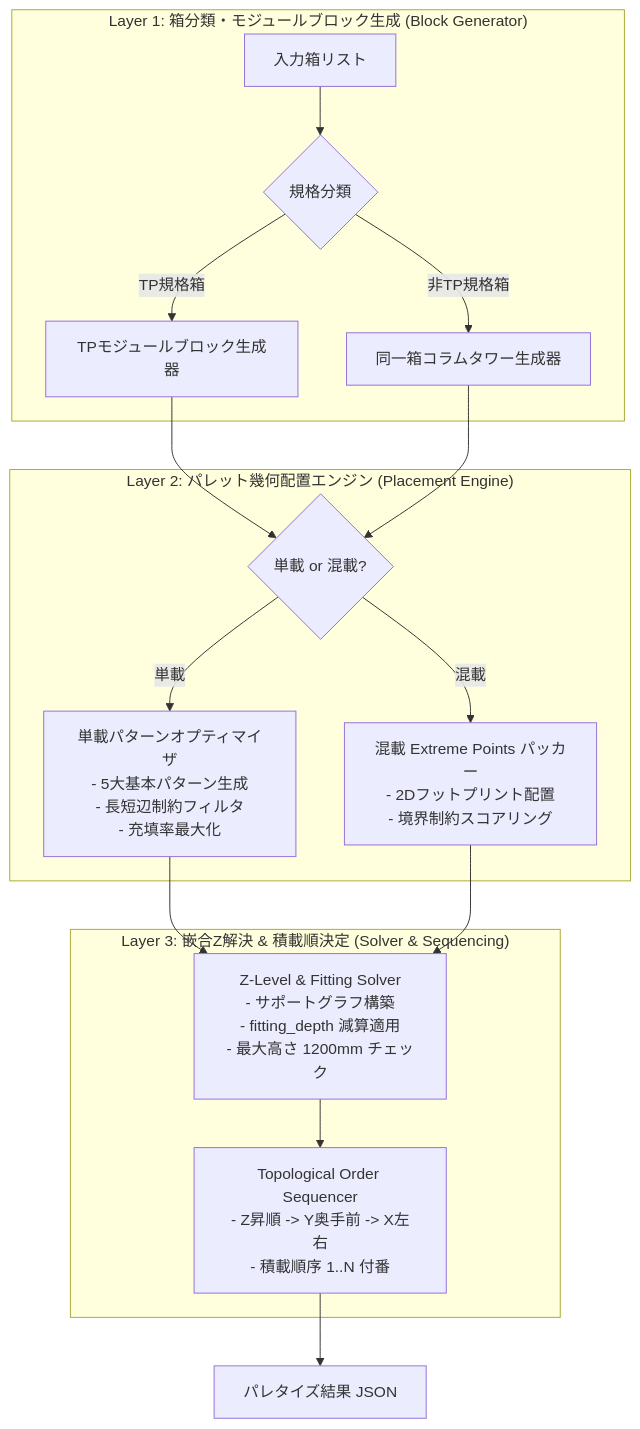
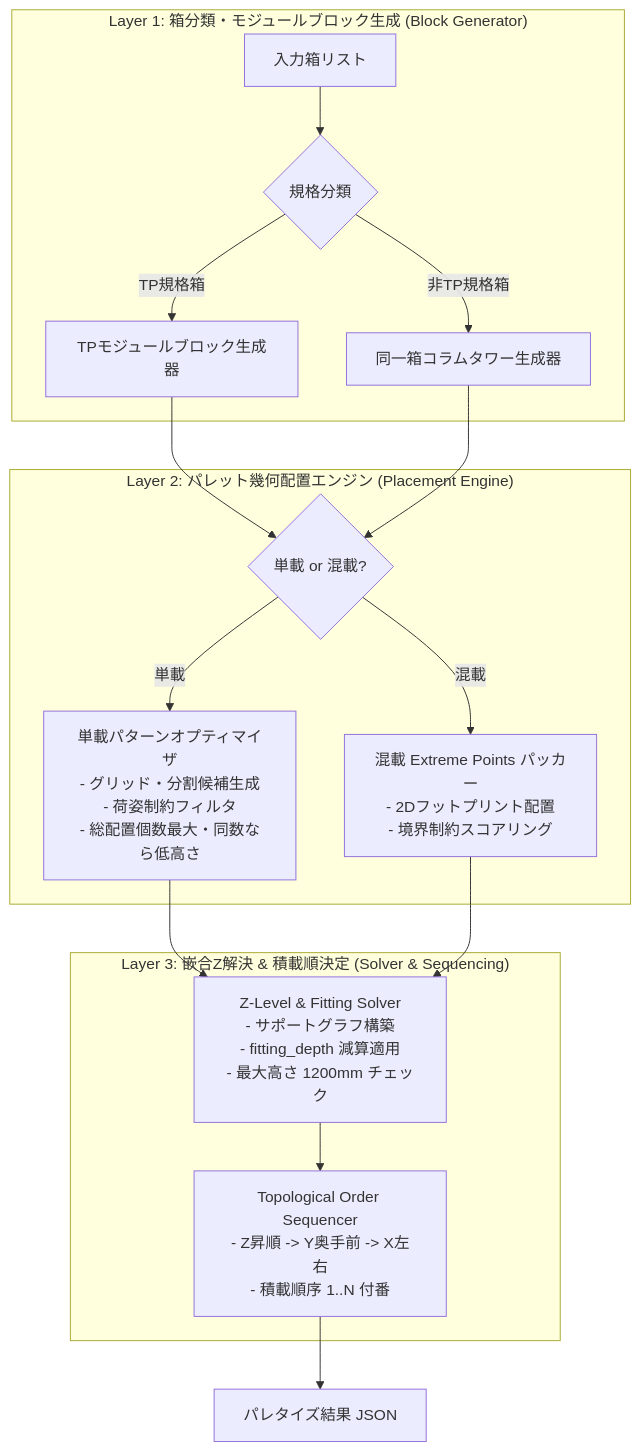
The second of 3 diagrams in algorithm_research/proposal.md (TakahiroNakadaTMC/palletizing_prototype), drawn with Mermaid before and after one commit. The commit also changed other lines of this file and 5 other files, not shown here.

````diff
--- a/algorithm_research/proposal.md
+++ b/algorithm_research/proposal.md
@@ -182,21 +182,21 @@
 ```mermaid
 graph TD
     subgraph Layer1["Layer 1: 箱分類・モジュールブロック生成 (Block Generator)"]
         IN[入力箱リスト] --> CLAS{規格分類}
         CLAS -->|TP規格箱| TP_BLK[TPモジュールブロック生成器]
         CLAS -->|非TP規格箱| NTP_COL[同一箱コラムタワー生成器]
     end
 
     subgraph Layer2["Layer 2: パレット幾何配置エンジン (Placement Engine)"]
         TP_BLK & NTP_COL --> MODE{単載 or 混載?}
-        MODE -->|単載| MONO[単載パターンオプティマイザ<br>- 5大基本パターン生成<br>- 長短辺制約フィルタ<br>- 充填率最大化]
+        MODE -->|単載| MONO[単載パターンオプティマイザ<br>- グリッド・分割候補生成<br>- 荷姿制約フィルタ<br>- 総配置個数最大・同数なら低高さ]
         MODE -->|混載| MIX[混載 Extreme Points パッカー<br>- 2Dフットプリント配置<br>- 境界制約スコアリング]
     end
 
     subgraph Layer3["Layer 3: 嵌合Z解決 & 積載順決定 (Solver & Sequencing)"]
         MONO & MIX --> Z_SOLV[Z-Level & Fitting Solver<br>- サポートグラフ構築<br>- fitting_depth 減算適用<br>- 最大高さ 1200mm チェック]
         Z_SOLV --> ORDER[Topological Order Sequencer<br>- Z昇順 -> Y奥手前 -> X左右<br>- 積載順序 1..N 付番]
     end
 
     ORDER --> OUT[パレタイズ結果 JSON]
 ```
````
